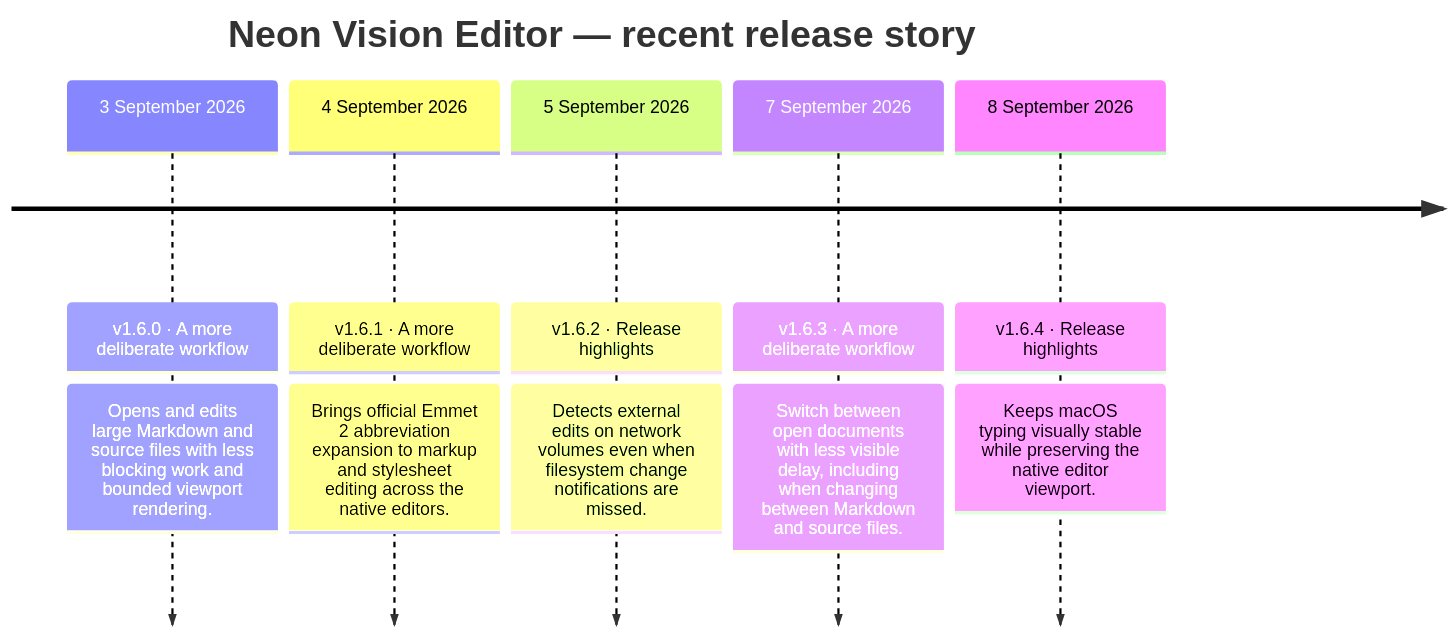
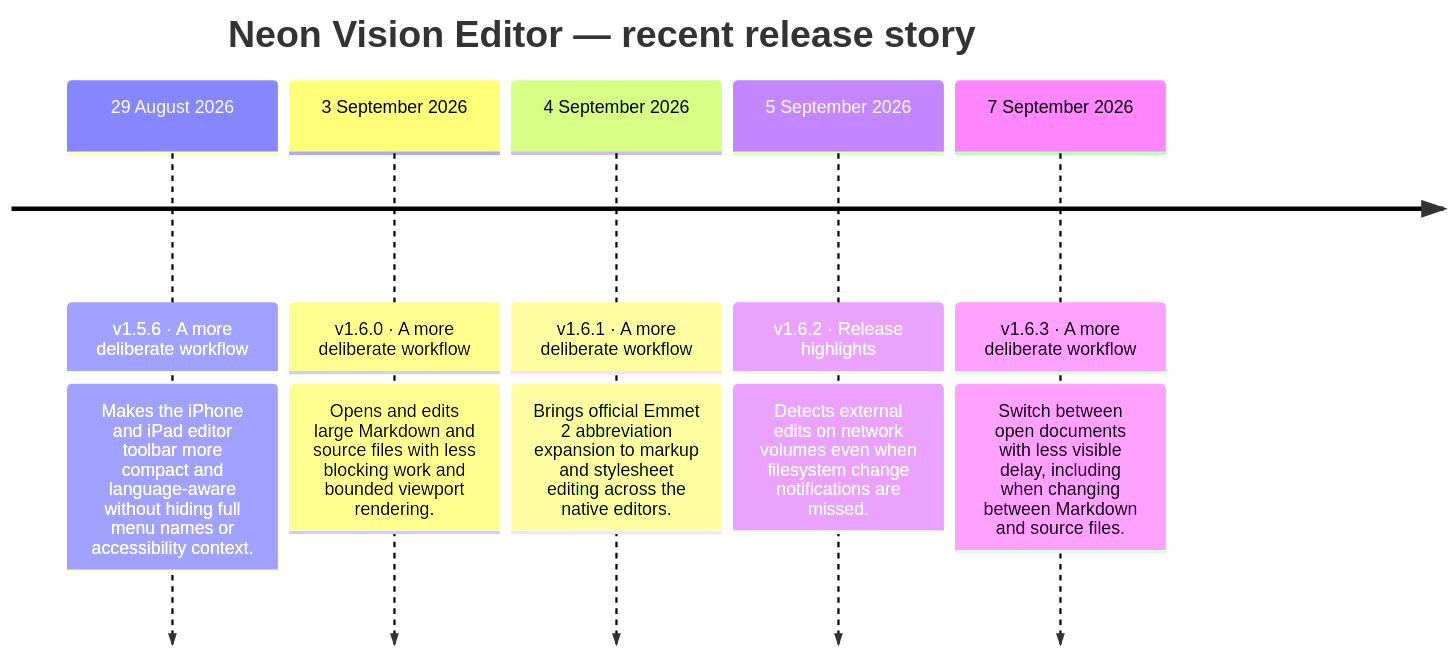
Before and after one commit to h3pdesign/Neon-Vision-Editor: the diagram in README.md, drawn with Mermaid. The commit also changed other lines of this file and 7 other files, not shown here.

````diff
--- a/README.md
+++ b/README.md
@@ -754,14 +751,14 @@
 ```mermaid
 timeline
     title Neon Vision Editor — recent release story
+    29 August 2026 : v1.5.6 · A more deliberate workflow
+                : Makes the iPhone and iPad editor toolbar more compact and language-aware without hiding full menu names or accessibility context.
     3 September 2026 : v1.6.0 · A more deliberate workflow
                 : Opens and edits large Markdown and source files with less blocking work and bounded viewport rendering.
     4 September 2026 : v1.6.1 · A more deliberate workflow
                 : Brings official Emmet 2 abbreviation expansion to markup and stylesheet editing across the native editors.
     5 September 2026 : v1.6.2 · Release highlights
                 : Detects external edits on network volumes even when filesystem change notifications are missed.
     7 September 2026 : v1.6.3 · A more deliberate workflow
                 : Switch between open documents with less visible delay, including when changing between Markdown and source files.
-    8 September 2026 : v1.6.4 · Release highlights
-                : Keeps macOS typing visually stable while preserving the native editor viewport.
 ```
````
